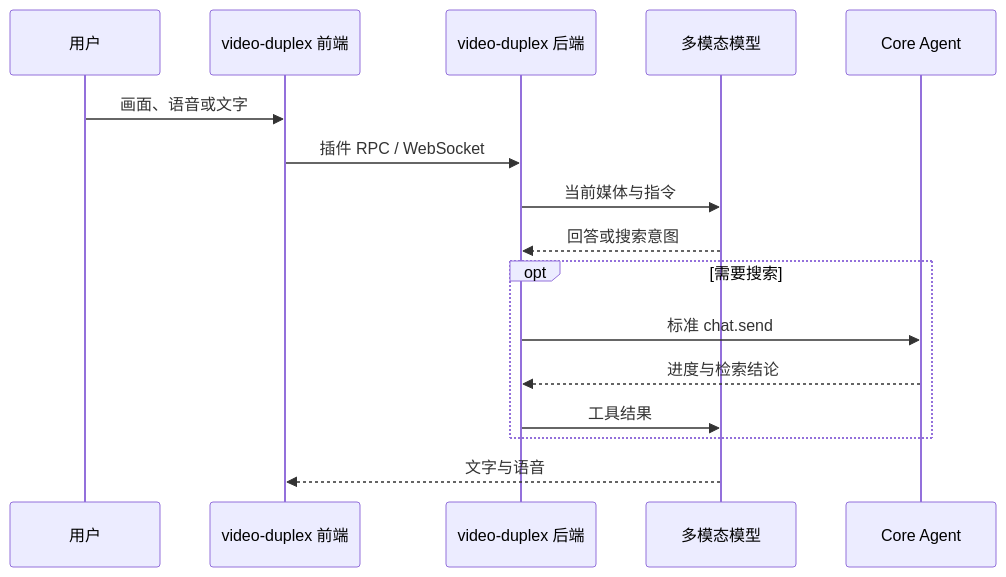
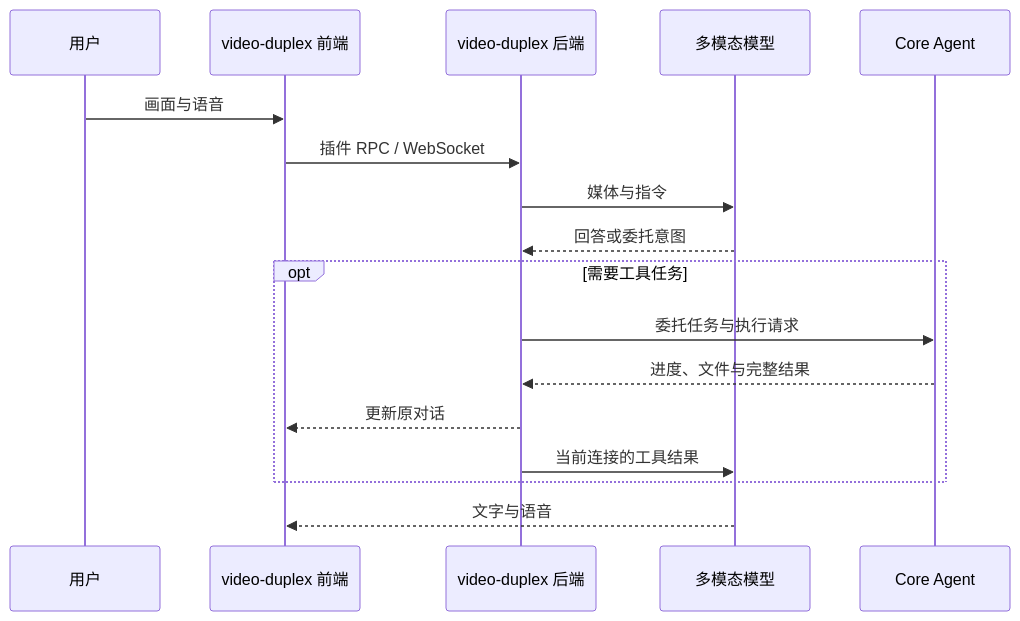
Before and after one commit to alexbhyeo/jiuwenswarm: the diagram in jiuwenswarm/extensions/video_duplex/docs/README.zh-CN.md, drawn with Mermaid. The commit also changed other lines of this file and 42 other files, not shown here.

````diff
--- a/jiuwenswarm/extensions/video_duplex/docs/README.zh-CN.md
+++ b/jiuwenswarm/extensions/video_duplex/docs/README.zh-CN.md
@@ -76,18 +210,19 @@
 ```mermaid
 sequenceDiagram
     participant U as 用户
     participant P as video-duplex 前端
     participant B as video-duplex 后端
     participant M as 多模态模型
     participant C as Core Agent
-    U->>P: 画面、语音或文字
+    U->>P: 画面与语音
     P->>B: 插件 RPC / WebSocket
-    B->>M: 当前媒体与指令
-    M-->>B: 回答或搜索意图
-    opt 需要搜索
-        B->>C: 标准 chat.send
-        C-->>B: 进度与检索结论
-        B->>M: 工具结果
+    B->>M: 媒体与指令
+    M-->>B: 回答或委托意图
+    opt 需要工具任务
+        B->>C: 委托任务与执行请求
+        C-->>B: 进度、文件与完整结果
+        B-->>P: 更新原对话
+        B->>M: 当前连接的工具结果
     end
     M-->>P: 文字与语音
 ```
````
